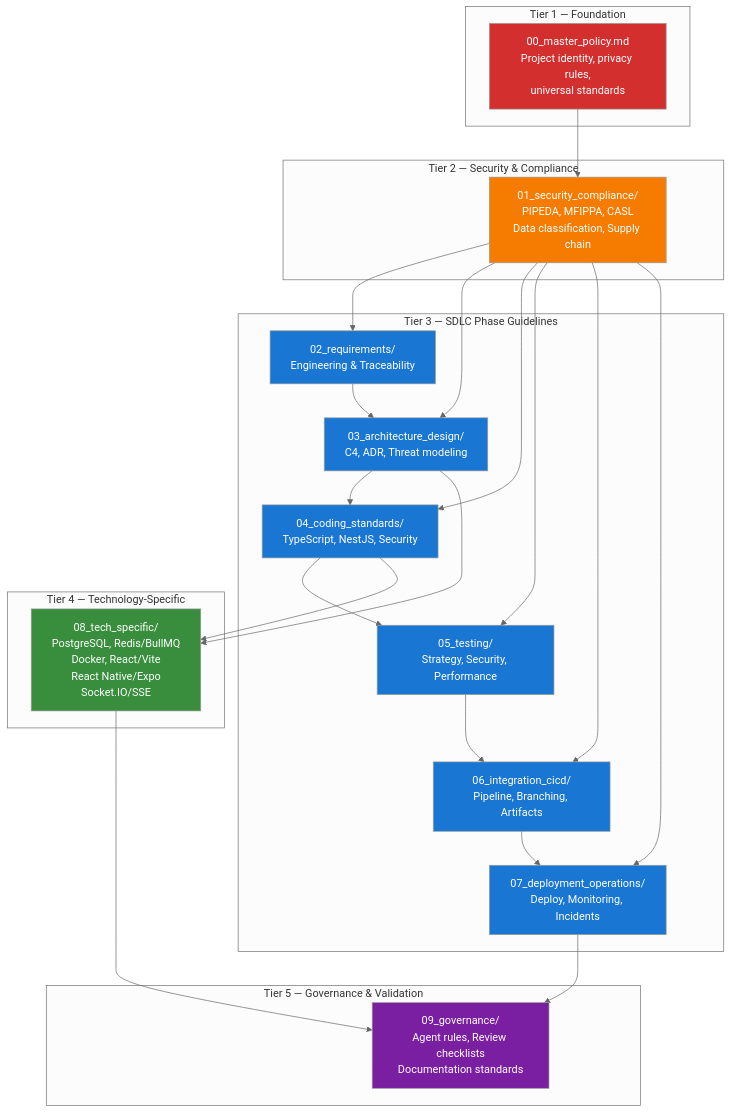
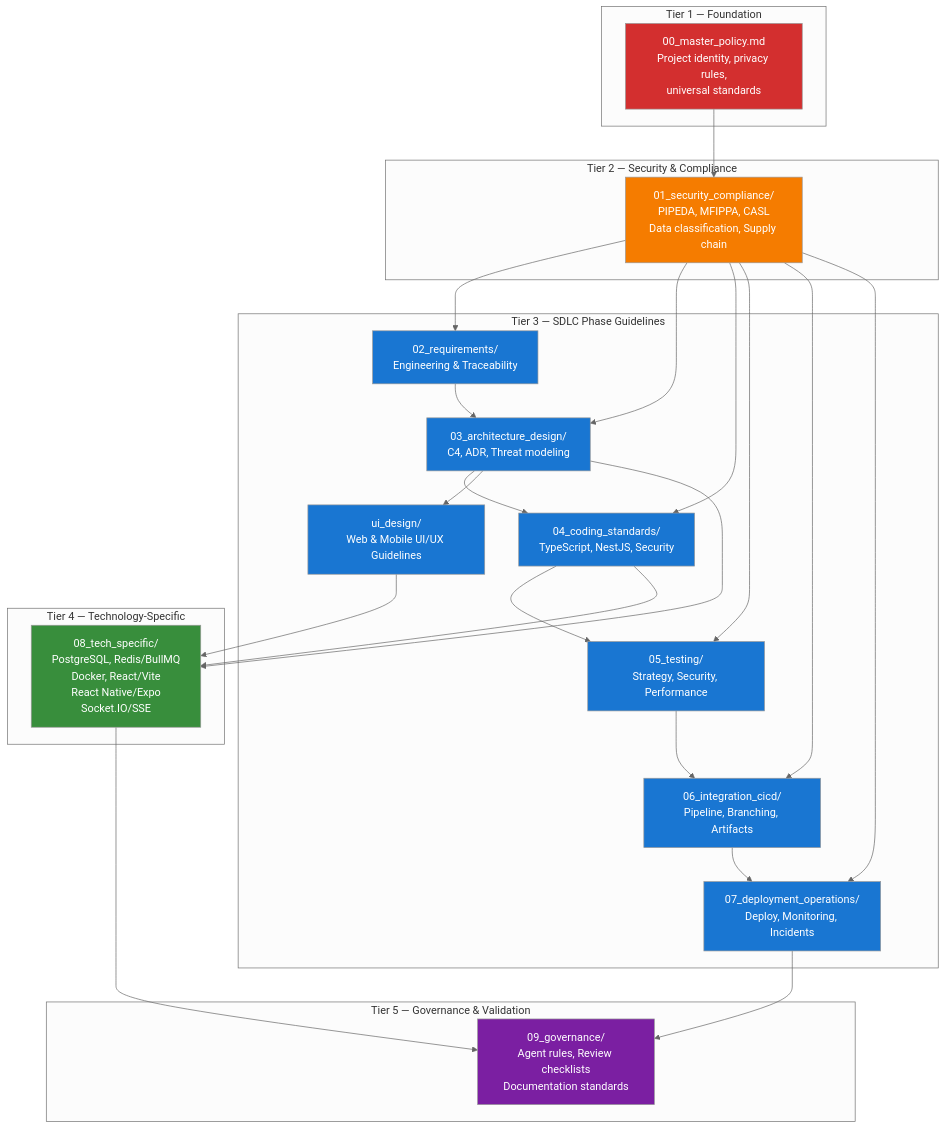
One commit to arvinddhasmana/SBTM changed the diagram in docs/sdlc_guidelines/README.md. Above: the diagram before and after it, drawn with Mermaid (neutral theme). The commit also changed other lines of this file and 1 other file, not shown here.

Commit message:
Add comprehensive UI design guidelines for web and mobile apps (#30)
Agent-Logs-Url: https://github.com/arvinddhasmana/SBTM/sessions/25303b68-7806-4a6a-a3dd-e3bea35177b6

````diff
--- a/docs/sdlc_guidelines/README.md
+++ b/docs/sdlc_guidelines/README.md
@@ -15,55 +15,59 @@
 ```mermaid
 graph TD
     subgraph "Tier 1 — Foundation"
         MP[00_master_policy.md<br/>Project identity, privacy rules,<br/>universal standards]
     end
 
     subgraph "Tier 2 — Security & Compliance"
         SC[01_security_compliance/<br/>PIPEDA, MFIPPA, CASL<br/>Data classification, Supply chain]
     end
 
     subgraph "Tier 3 — SDLC Phase Guidelines"
         RE[02_requirements/<br/>Engineering & Traceability]
         AD[03_architecture_design/<br/>C4, ADR, Threat modeling]
         CS[04_coding_standards/<br/>TypeScript, NestJS, Security]
         TS[05_testing/<br/>Strategy, Security, Performance]
         CI[06_integration_cicd/<br/>Pipeline, Branching, Artifacts]
         DO[07_deployment_operations/<br/>Deploy, Monitoring, Incidents]
+        UI[ui_design/<br/>Web & Mobile UI/UX Guidelines]
     end
 
     subgraph "Tier 4 — Technology-Specific"
         TECH["08_tech_specific/<br/>PostgreSQL, Redis/BullMQ<br/>Docker, React/Vite<br/>React Native/Expo<br/>Socket.IO/SSE"]
     end
 
     subgraph "Tier 5 — Governance & Validation"
         GOV[09_governance/<br/>Agent rules, Review checklists<br/>Documentation standards]
     end
 
     MP --> SC
     SC --> RE
     SC --> AD
     SC --> CS
     SC --> TS
     SC --> CI
     SC --> DO
     RE --> AD
     AD --> CS
+    AD --> UI
     CS --> TS
     TS --> CI
     CI --> DO
     AD --> TECH
     CS --> TECH
+    UI --> TECH
     TECH --> GOV
     DO --> GOV
 
     style MP fill:#d32f2f,color:#fff
     style SC fill:#f57c00,color:#fff
     style RE fill:#1976d2,color:#fff
     style AD fill:#1976d2,color:#fff
     style CS fill:#1976d2,color:#fff
     style TS fill:#1976d2,color:#fff
     style CI fill:#1976d2,color:#fff
     style DO fill:#1976d2,color:#fff
+    style UI fill:#1976d2,color:#fff
     style TECH fill:#388e3c,color:#fff
     style GOV fill:#7b1fa2,color:#fff
 ```
````
